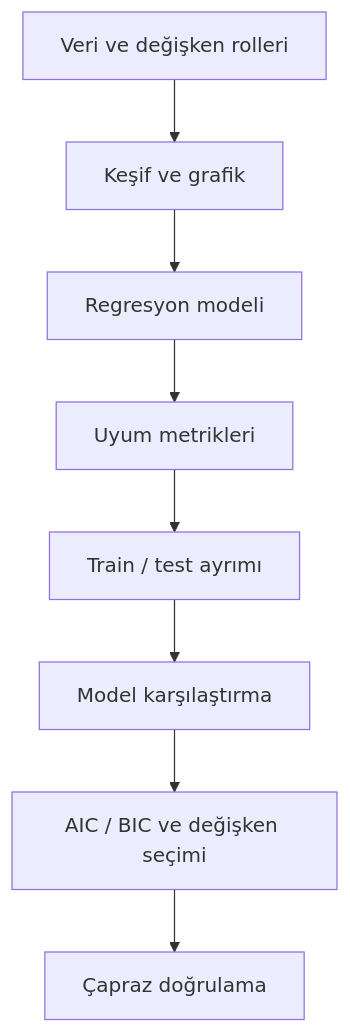
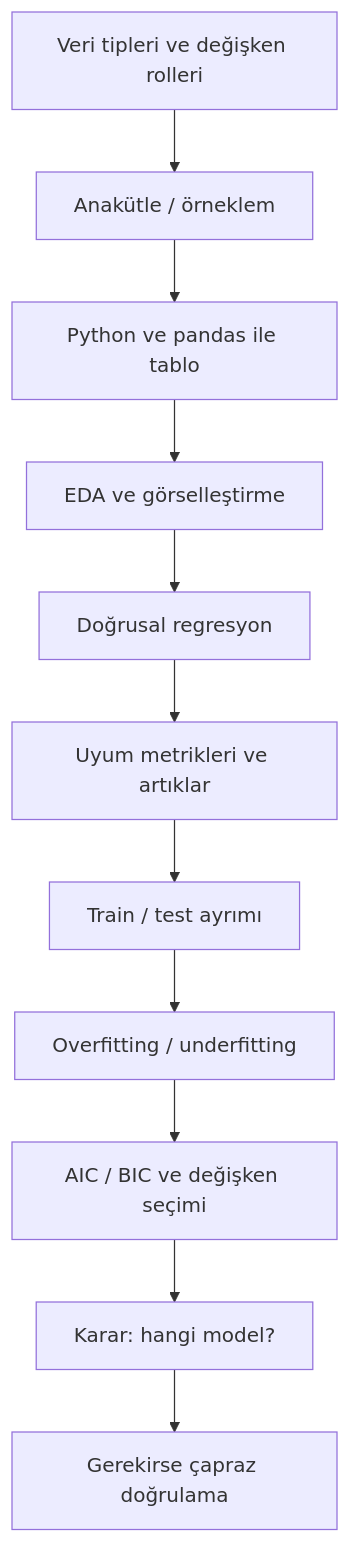
One commit to hamitseyrek/seyrek-academy changed the diagram in courses/linear-statistical-models/articles/13- Ders Özeti: Veriden Modele, Modelden Karara.md. Above: the diagram before and after it, drawn with Mermaid. The commit also changed other lines of this file, not shown here.

Commit message:
[STAT-057] docs: 13. ders ozeti makalesi guncellendi; seri haritasi, makale bazli bolumler ve model secim karar senaryosu eklendi, uzun kod bloklari sadelestirildi

````diff
--- a/courses/linear-statistical-models/articles/13- Ders Özeti: Veriden Modele, Modelden Karara.md
+++ b/courses/linear-statistical-models/articles/13- Ders Özeti: Veriden Modele, Modelden Karara.md
@@ -7,10 +7,13 @@
 ```mermaid
 flowchart TD
-    A[Veri ve değişken rolleri] --> B[Keşif ve grafik]
-    B --> C[Regresyon modeli]
-    C --> D[Uyum metrikleri]
-    D --> E[Train / test ayrımı]
-    E --> F[Model karşılaştırma]
-    F --> G[AIC / BIC ve değişken seçimi]
-    G --> H[Çapraz doğrulama]
+    A[Veri tipleri ve değişken rolleri] --> B[Anakütle / örneklem]
+    B --> C[Python ve pandas ile tablo]
+    C --> D[EDA ve görselleştirme]
+    D --> E[Doğrusal regresyon]
+    E --> F[Uyum metrikleri ve artıklar]
+    F --> G[Train / test ayrımı]
+    G --> H[Overfitting / underfitting]
+    H --> I[AIC / BIC ve değişken seçimi]
+    I --> J[Karar: hangi model?]
+    J --> K[Gerekirse çapraz doğrulama]
 ```
````
